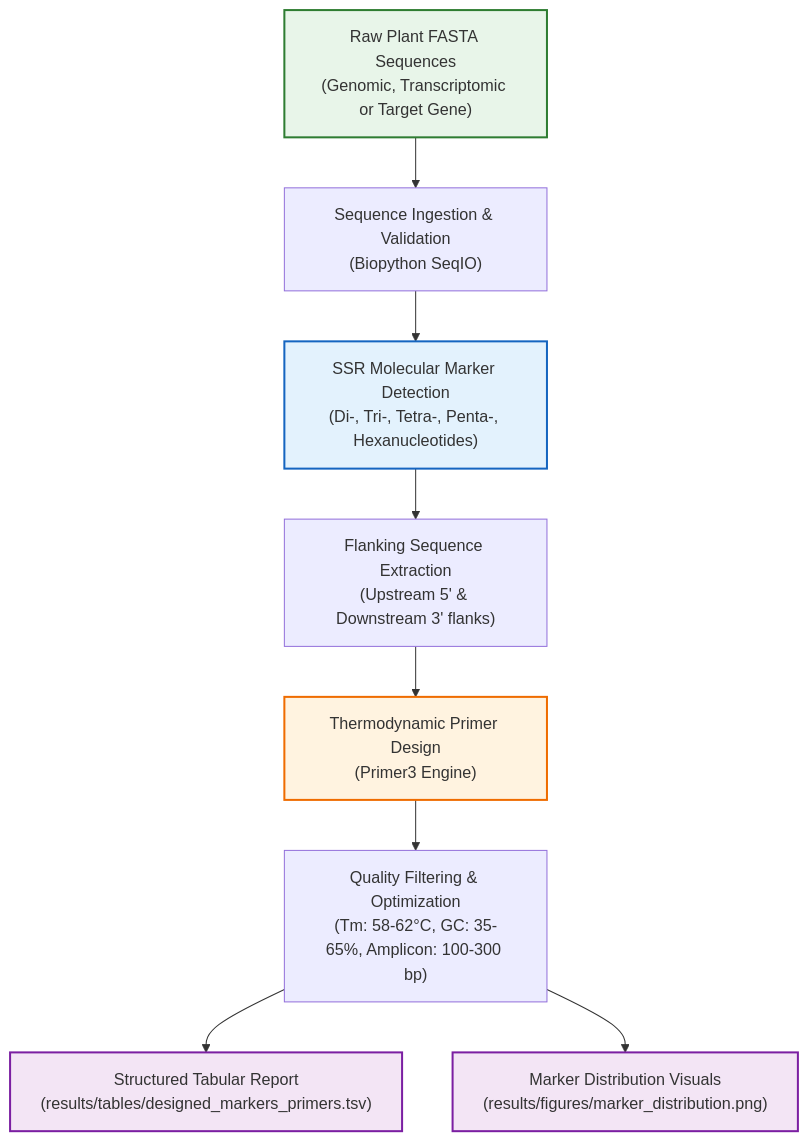
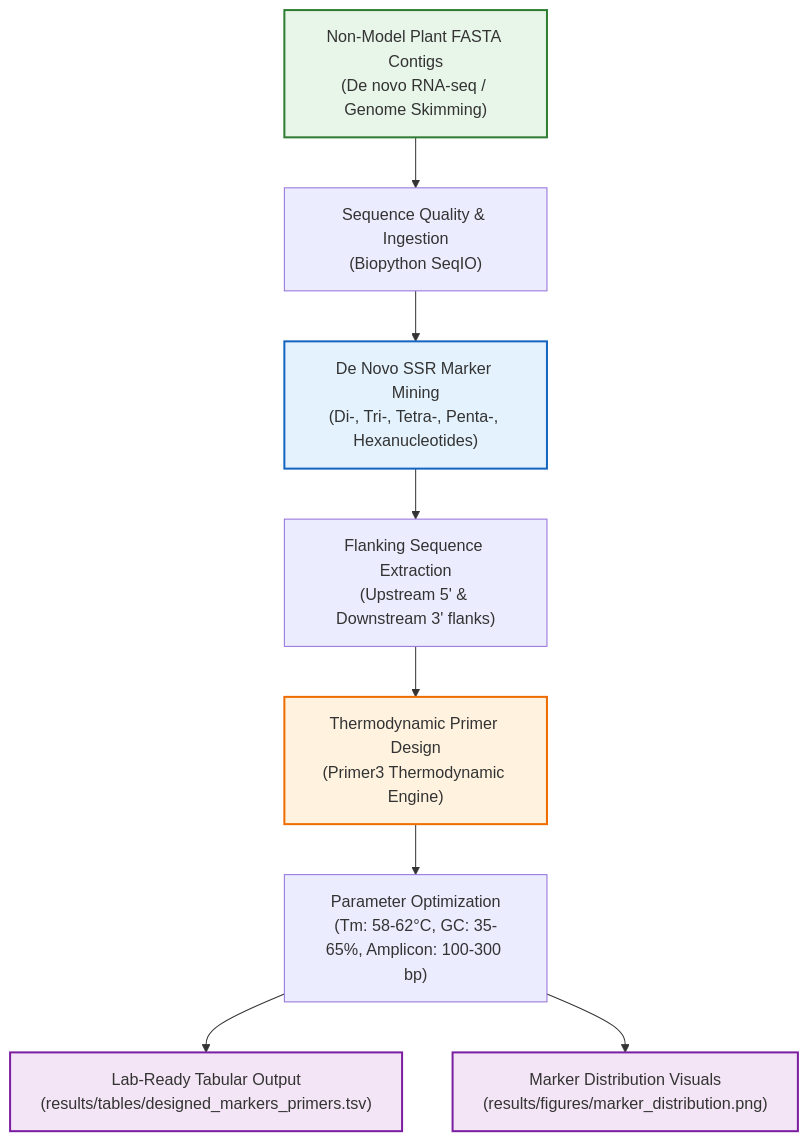
Before and after one commit to magdzraw/WildPrimer: the diagram in README.md, drawn with Mermaid. The commit also changed other lines of this file and 4 other files, not shown here.

Commit message:
refactor: rename project to WildPrimer and adapt for native non-model plant species

````diff
--- a/README.md
+++ b/README.md
@@ -29,16 +33,16 @@
 ```mermaid
 flowchart TD
-    A["Raw Plant FASTA Sequences\n(Genomic, Transcriptomic or Target Gene)"] --> B["Sequence Ingestion & Validation\n(Biopython SeqIO)"]
-    B --> C["SSR Molecular Marker Detection\n(Di-, Tri-, Tetra-, Penta-, Hexanucleotides)"]
+    A["Non-Model Plant FASTA Contigs\n(De novo RNA-seq / Genome Skimming)"] --> B["Sequence Quality & Ingestion\n(Biopython SeqIO)"]
+    B --> C["De Novo SSR Marker Mining\n(Di-, Tri-, Tetra-, Penta-, Hexanucleotides)"]
     C --> D["Flanking Sequence Extraction\n(Upstream 5' & Downstream 3' flanks)"]
-    D --> E["Thermodynamic Primer Design\n(Primer3 Engine)"]
-    E --> F["Quality Filtering & Optimization\n(Tm: 58-62°C, GC: 35-65%, Amplicon: 100-300 bp)"]
-    F --> G["Structured Tabular Report\n(results/tables/designed_markers_primers.tsv)"]
+    D --> E["Thermodynamic Primer Design\n(Primer3 Thermodynamic Engine)"]
+    E --> F["Parameter Optimization\n(Tm: 58-62°C, GC: 35-65%, Amplicon: 100-300 bp)"]
+    F --> G["Lab-Ready Tabular Output\n(results/tables/designed_markers_primers.tsv)"]
     F --> H["Marker Distribution Visuals\n(results/figures/marker_distribution.png)"]
 
     style A fill:#e8f5e9,stroke:#2e7d32,stroke-width:2px
     style C fill:#e3f2fd,stroke:#1565c0,stroke-width:2px
     style E fill:#fff3e0,stroke:#ef6c00,stroke-width:2px
     style G fill:#f3e5f5,stroke:#7b1fa2,stroke-width:2px
     style H fill:#f3e5f5,stroke:#7b1fa2,stroke-width:2px
 ```
````
